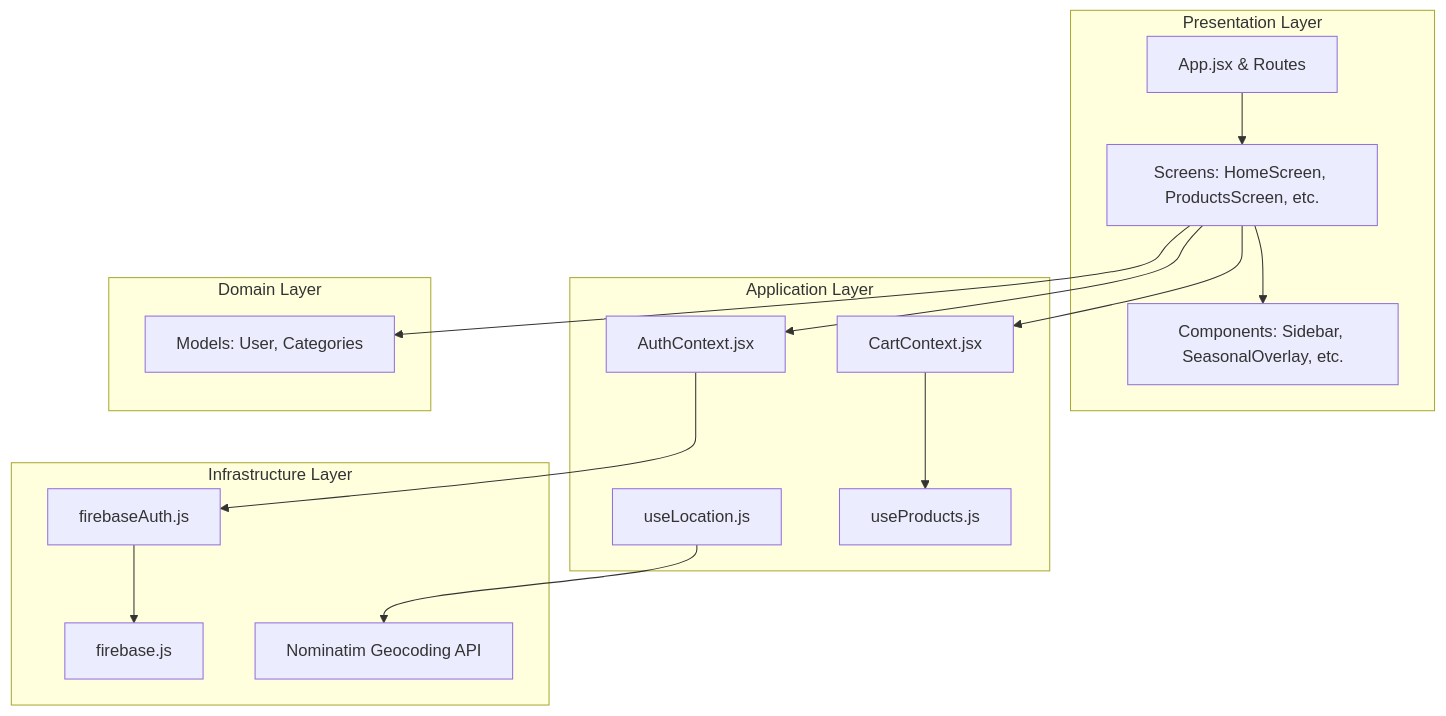
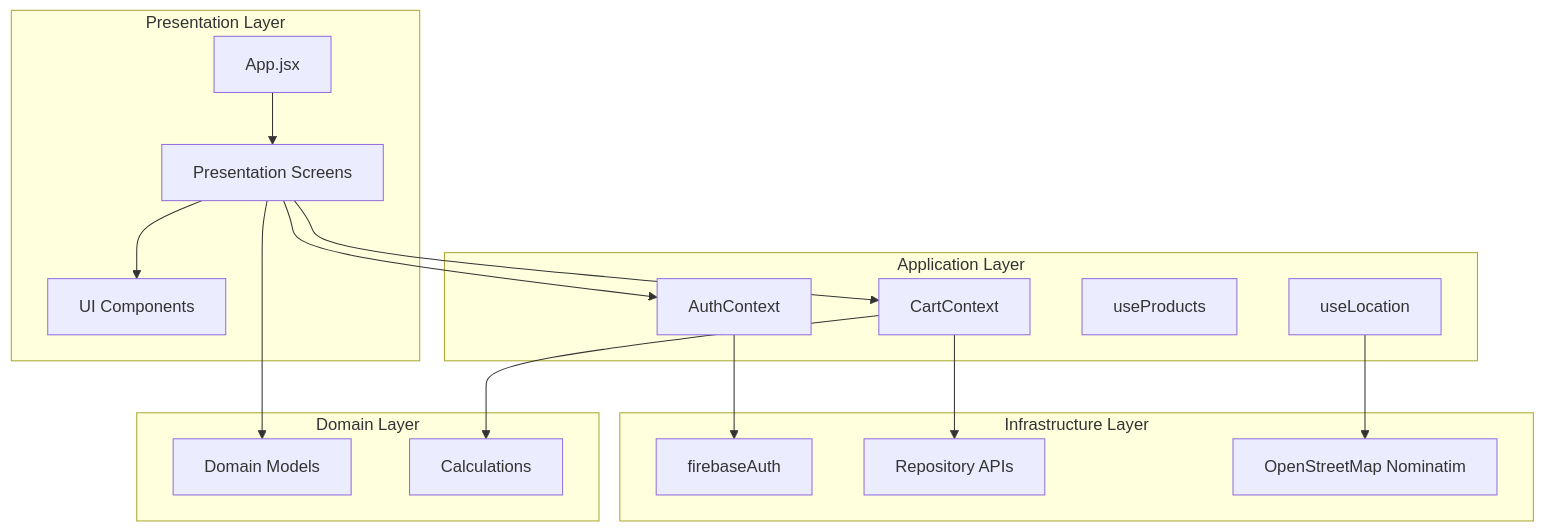
One commit to AdityaUpadhyay2610/grocart-webapp changed the first of 2 diagrams in README.md. Above: the diagram before and after it, drawn with Mermaid. The commit also changed other lines of this file, not shown here.

````diff
--- a/README.md
+++ b/README.md
@@ -48,35 +58,36 @@
 ```mermaid
 graph TD
   subgraph Presentation Layer
-    App[App.jsx & Routes]
-    Screens[Screens: HomeScreen, ProductsScreen, etc.]
-    Components[Components: Sidebar, SeasonalOverlay, etc.]
+    App[App.jsx]
+    Screens[Presentation Screens]
+    Components[UI Components]
   end
 
   subgraph Application Layer
-    AuthCtx[AuthContext.jsx]
-    CartCtx[CartContext.jsx]
-    GPSHook[useLocation.js]
-    ProdHook[useProducts.js]
+    AuthCtx[AuthContext]
+    CartCtx[CartContext]
+    ProdHook[useProducts]
+    GeoHook[useLocation]
   end
 
   subgraph Infrastructure Layer
-    FirebaseAuth[firebaseAuth.js]
-    FirebaseApp[firebase.js]
-    NominatimAPI[Nominatim Geocoding API]
+    FirebaseAuth[firebaseAuth]
+    Repos[Repository APIs]
+    Nominatim[OpenStreetMap Nominatim]
   end
 
   subgraph Domain Layer
-    Models[Models: User, Categories]
+    Models[Domain Models]
+    Services[Calculations]
   end
 
   App --> Screens
   Screens --> Components
   Screens --> AuthCtx
   Screens --> CartCtx
-  CartCtx --> ProdHook
+  CartCtx --> Repos
   AuthCtx --> FirebaseAuth
-  FirebaseAuth --> FirebaseApp
-  GPSHook --> NominatimAPI
+  GeoHook --> Nominatim
   Screens --> Models
+  CartCtx --> Services
 ```
````
